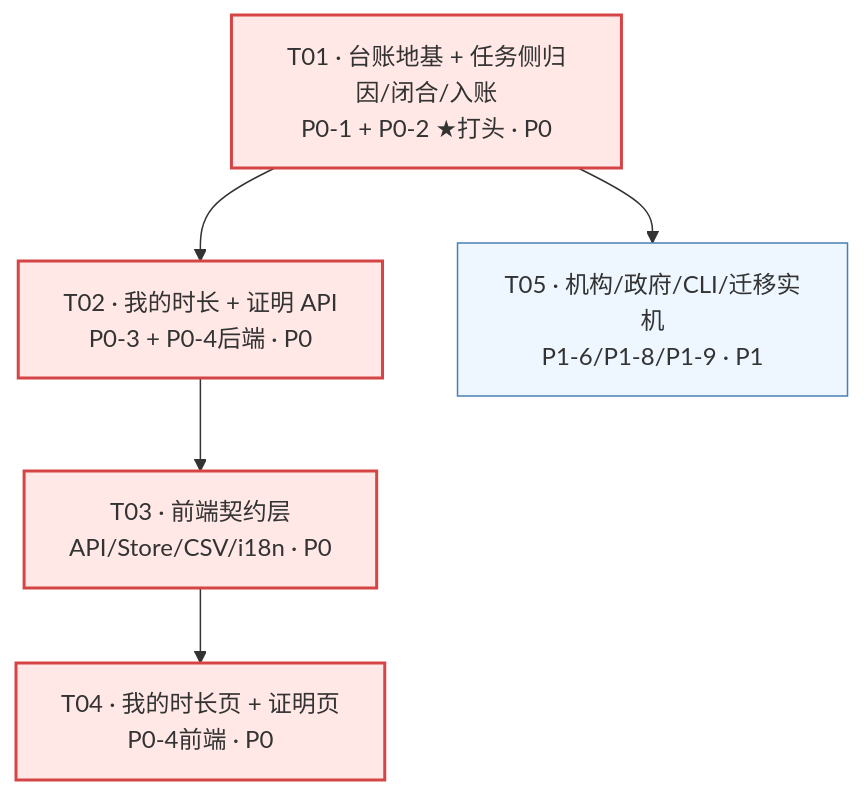
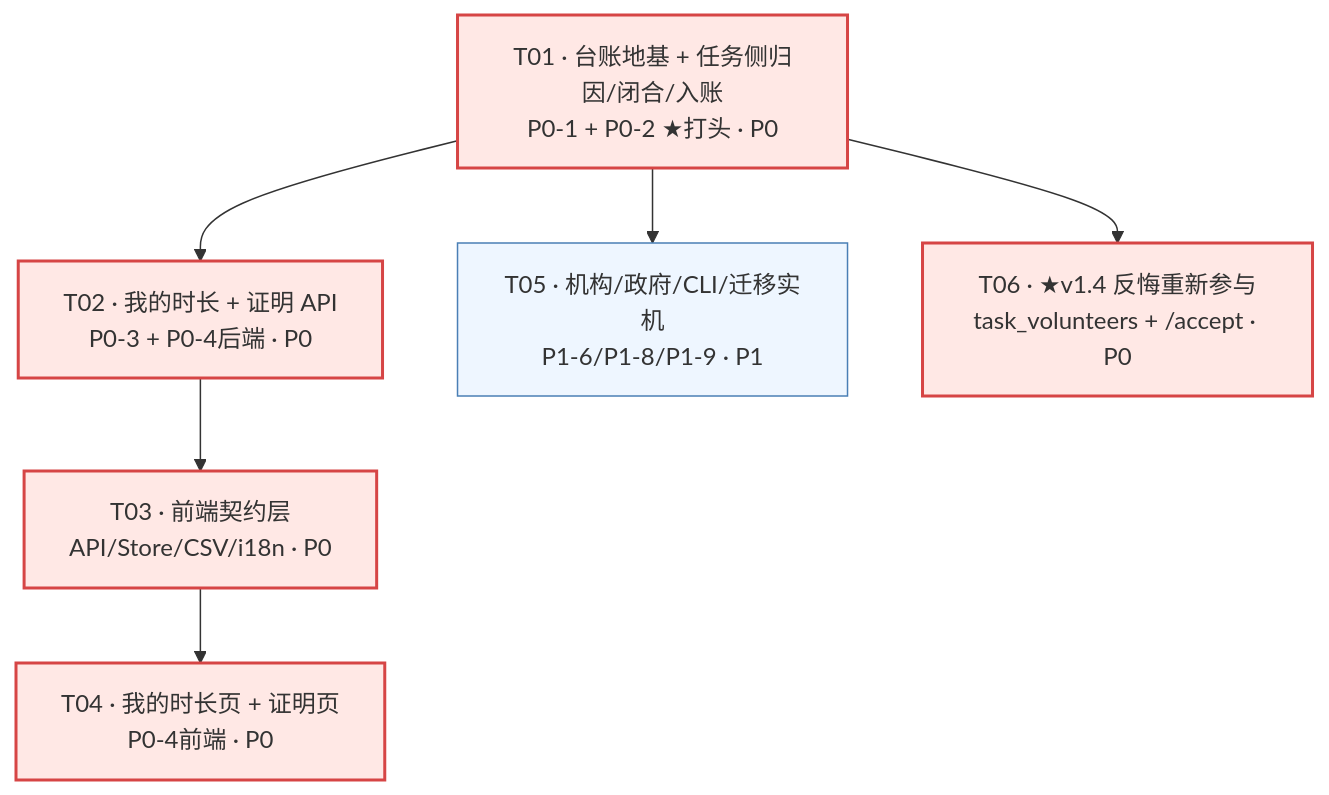
Before and after one commit to bujinwang/Urgent: the third of 4 diagrams in deliverables/software-company/volunteer-service-hours-design.md, drawn with Mermaid. The commit also changed other lines of this file, not shown here.

````diff
--- a/deliverables/software-company/volunteer-service-hours-design.md
+++ b/deliverables/software-company/volunteer-service-hours-design.md
@@ -575,18 +601,20 @@
 ```mermaid
 graph TD
     T01["T01 · 台账地基 + 任务侧归因/闭合/入账<br/>P0-1 + P0-2 ★打头 · P0"]
     T02["T02 · 我的时长 + 证明 API<br/>P0-3 + P0-4后端 · P0"]
     T03["T03 · 前端契约层<br/>API/Store/CSV/i18n · P0"]
     T04["T04 · 我的时长页 + 证明页<br/>P0-4前端 · P0"]
     T05["T05 · 机构/政府/CLI/迁移实机<br/>P1-6/P1-8/P1-9 · P1"]
+    T06["T06 · ★v1.4 反悔重新参与<br/>task_volunteers + /accept · P0"]
 
     T01 --> T02
     T01 --> T05
+    T01 --> T06
     T02 --> T03
     T03 --> T04
 
     classDef crit fill:#ffe8e5,stroke:#d64545,stroke-width:2px
     classDef par fill:#eef6ff,stroke:#4a7fb5
-    class T01,T02,T03,T04 crit
+    class T01,T02,T03,T04,T06 crit
     class T05 par
 ```
````
